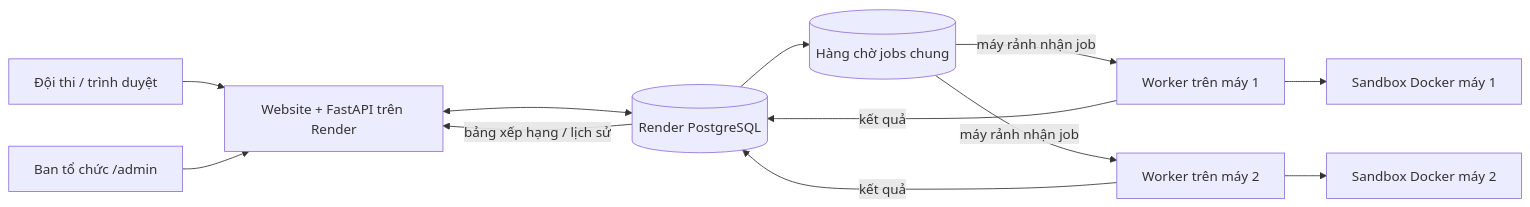
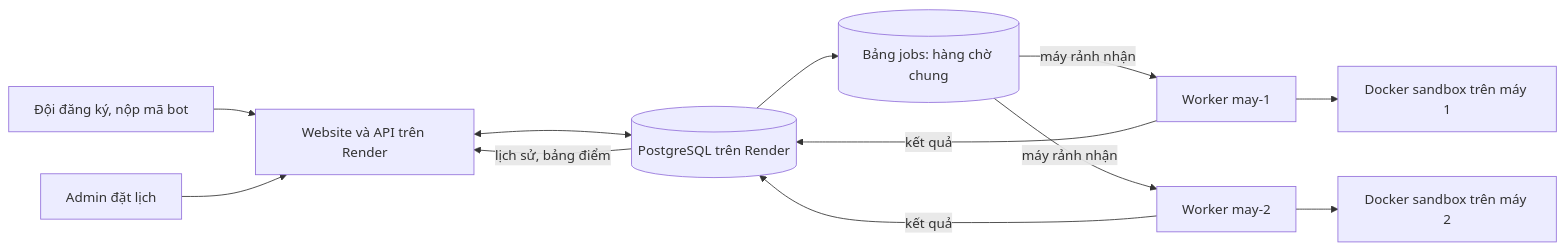
Before and after one commit to Ppt05/Laptrinhmang_G8: the diagram in README.md, drawn with Mermaid. The commit also changed other lines of this file and 1 other file, not shown here.

Commit message:
Rewrite README for automatic bot tournament

````diff
--- a/README.md
+++ b/README.md
@@ -14,14 +17,14 @@
 ```mermaid
 flowchart LR
-    U[Đội thi / trình duyệt] --> WEB[Website + FastAPI trên Render]
-    A[Ban tổ chức /admin] --> WEB
-    WEB <--> DB[(Render PostgreSQL)]
-    DB --> Q[(Hàng chờ jobs chung)]
-    Q -->|máy rảnh nhận job| W1[Worker trên máy 1]
-    Q -->|máy rảnh nhận job| W2[Worker trên máy 2]
-    W1 --> S1[Sandbox Docker máy 1]
-    W2 --> S2[Sandbox Docker máy 2]
-    W1 -->|kết quả| DB
-    W2 -->|kết quả| DB
-    DB -->|bảng xếp hạng / lịch sử| WEB
+    T[Đội đăng ký, nộp mã bot] --> A[Website và API trên Render]
+    Q[Admin đặt lịch] --> A
+    A <--> P[(PostgreSQL trên Render)]
+    P --> J[(Bảng jobs: hàng chờ chung)]
+    J -->|máy rảnh nhận| W1[Worker may-1]
+    J -->|máy rảnh nhận| W2[Worker may-2]
+    W1 --> D1[Docker sandbox trên máy 1]
+    W2 --> D2[Docker sandbox trên máy 2]
+    W1 -->|kết quả| P
+    W2 -->|kết quả| P
+    P -->|lịch sử, bảng điểm| A
 ```
````
